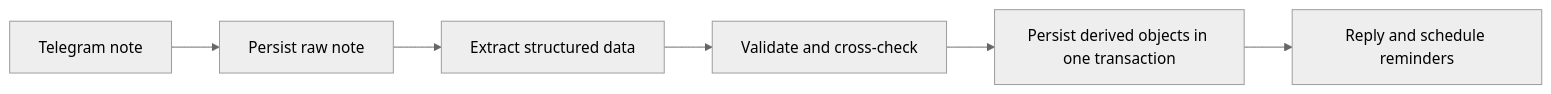
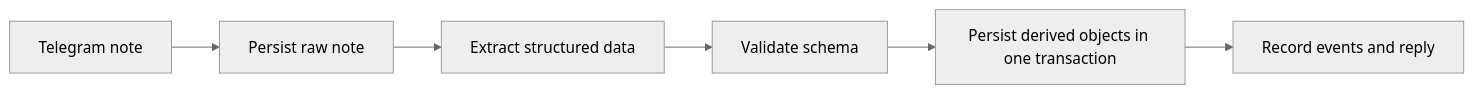
Before and after one commit to HuyVuCV1011/memocore-STE: the first of 2 diagrams in docs/architecture.md, drawn with Mermaid (neutral theme). The commit also changed other lines of this file and 23 other files, not shown here.

````diff
--- a/docs/architecture.md
+++ b/docs/architecture.md
@@ -18,8 +21,8 @@
 ```mermaid
 flowchart LR
     A["Telegram note"] --> B["Persist raw note"]
     B --> C["Extract structured data"]
-    C --> D["Validate and cross-check"]
+    C --> D["Validate schema"]
     D --> E["Persist derived objects in one transaction"]
-    E --> F["Reply and schedule reminders"]
+    E --> F["Record events and reply"]
 ```
````
